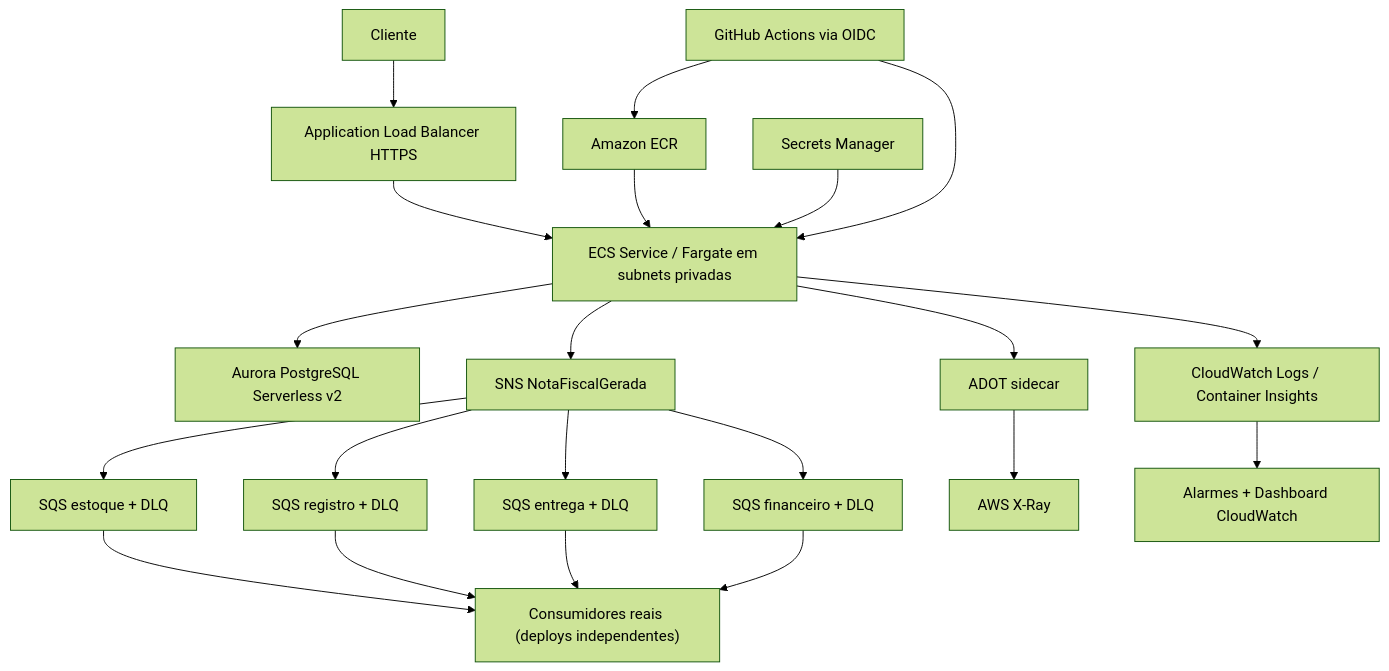
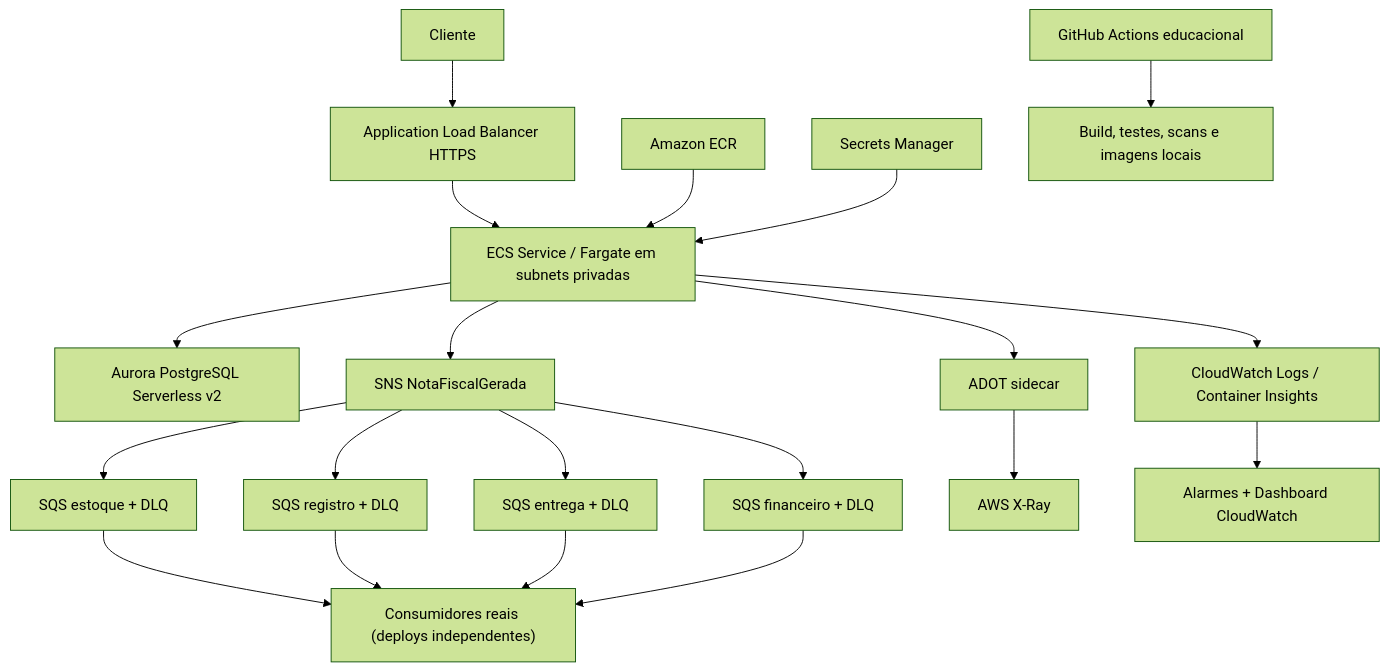
Before and after one commit to lvilelas/case-nota-fiscal: the second of 2 diagrams in ARCHITECTURE.md, drawn with Mermaid (forest theme). The commit also changed other lines of this file and 19 other files, not shown here.

````diff
--- a/ARCHITECTURE.md
+++ b/ARCHITECTURE.md
@@ -107,23 +107,22 @@
 ```mermaid
 flowchart TB
     USER["Cliente"] --> ALB["Application Load Balancer HTTPS"]
     ALB --> ECS["ECS Service / Fargate em subnets privadas"]
     ECR["Amazon ECR"] --> ECS
     SECRET["Secrets Manager"] --> ECS
     ECS --> AURORA["Aurora PostgreSQL Serverless v2"]
     ECS --> SNS["SNS NotaFiscalGerada"]
     SNS --> QE["SQS estoque + DLQ"]
     SNS --> QR["SQS registro + DLQ"]
     SNS --> QEN["SQS entrega + DLQ"]
     SNS --> QF["SQS financeiro + DLQ"]
     QE --> CONSUMERS["Consumidores reais (deploys independentes)"]
     QR --> CONSUMERS
     QEN --> CONSUMERS
     QF --> CONSUMERS
     ECS --> ADOT["ADOT sidecar"]
     ADOT --> XRAY["AWS X-Ray"]
     ECS --> LOGS["CloudWatch Logs / Container Insights"]
     LOGS --> ALARMS["Alarmes + Dashboard CloudWatch"]
-    GHA["GitHub Actions via OIDC"] --> ECR
-    GHA --> ECS
+    GHA["GitHub Actions educacional"] --> CHECKS["Build, testes, scans e imagens locais"]
 ```
````
